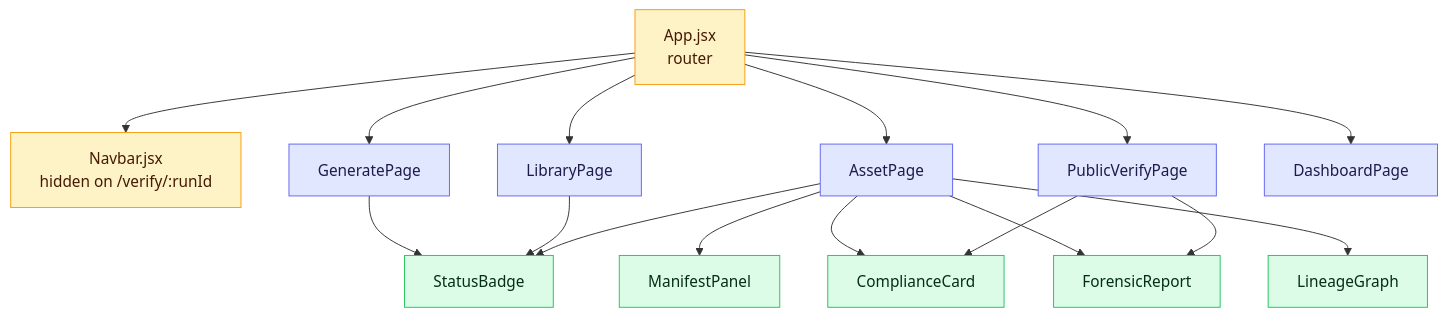
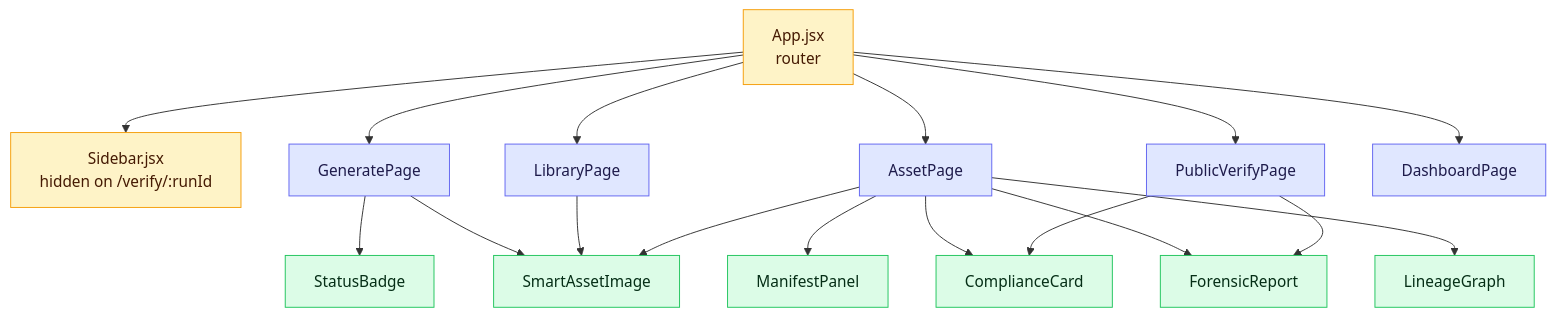
The first of 2 diagrams in frontend/README.md (Ksalgotra1/Notary), drawn with Mermaid before and after one commit. The commit also changed other lines of this file and 23 other files, not shown here.

````diff
--- a/frontend/README.md
+++ b/frontend/README.md
@@ -19,38 +22,40 @@
 ```mermaid
 flowchart TB
     classDef page fill:#e0e7ff,stroke:#6366f1,color:#1e1b4b
     classDef component fill:#dcfce7,stroke:#22c55e,color:#052e16
     classDef shell fill:#fef3c7,stroke:#f59e0b,color:#451a03
 
     app["App.jsx<br/>router"]:::shell
-    nav["Navbar.jsx<br/>hidden on /verify/:runId"]:::shell
+    sidebar["Sidebar.jsx<br/>hidden on /verify/:runId"]:::shell
 
     generate["GeneratePage"]:::page
     library["LibraryPage"]:::page
     assetPage["AssetPage"]:::page
     publicPage["PublicVerifyPage"]:::page
     dashboard["DashboardPage"]:::page
 
     statusBadge["StatusBadge"]:::component
+    smartImage["SmartAssetImage"]:::component
     manifestPanel["ManifestPanel"]:::component
     complianceCard["ComplianceCard"]:::component
     forensicReport["ForensicReport"]:::component
     lineageGraph["LineageGraph"]:::component
 
-    app --> nav
+    app --> sidebar
     app --> generate
     app --> library
     app --> assetPage
     app --> publicPage
     app --> dashboard
 
     generate --> statusBadge
-    library --> statusBadge
-    assetPage --> statusBadge
+    generate --> smartImage
+    library --> smartImage
+    assetPage --> smartImage
     assetPage --> manifestPanel
     assetPage --> complianceCard
     assetPage --> forensicReport
     assetPage --> lineageGraph
     publicPage --> complianceCard
     publicPage --> forensicReport
 ```
````
